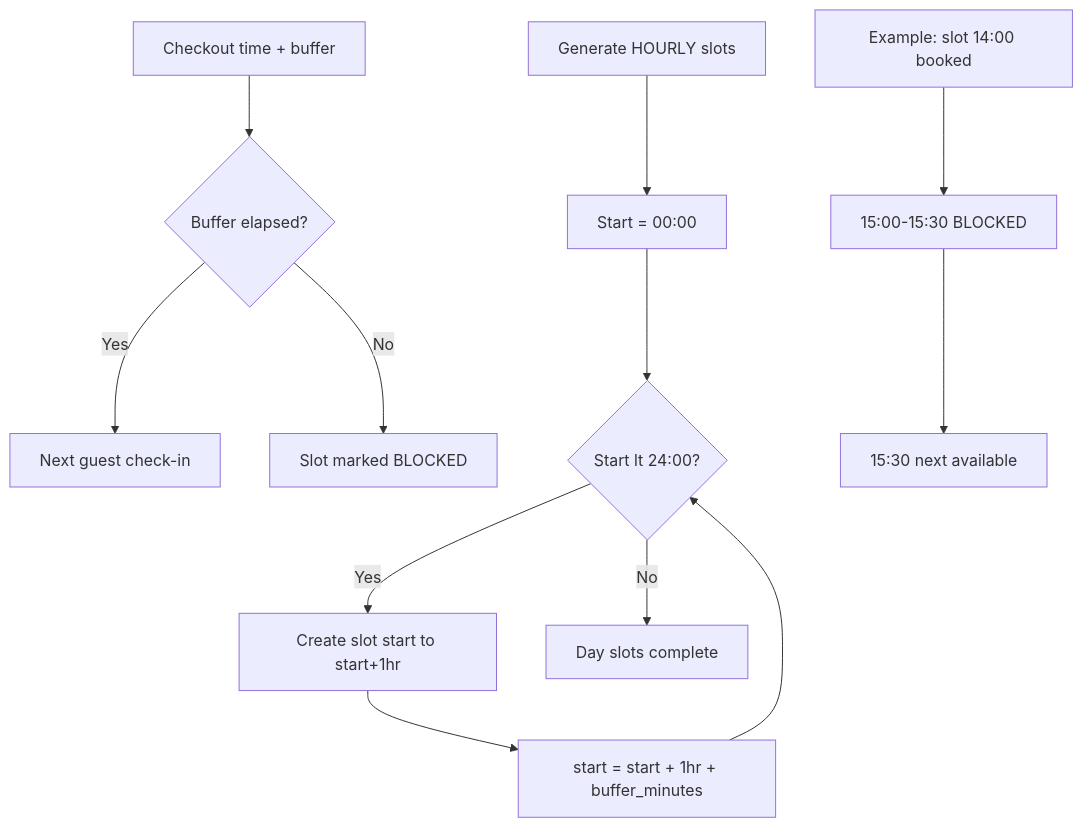
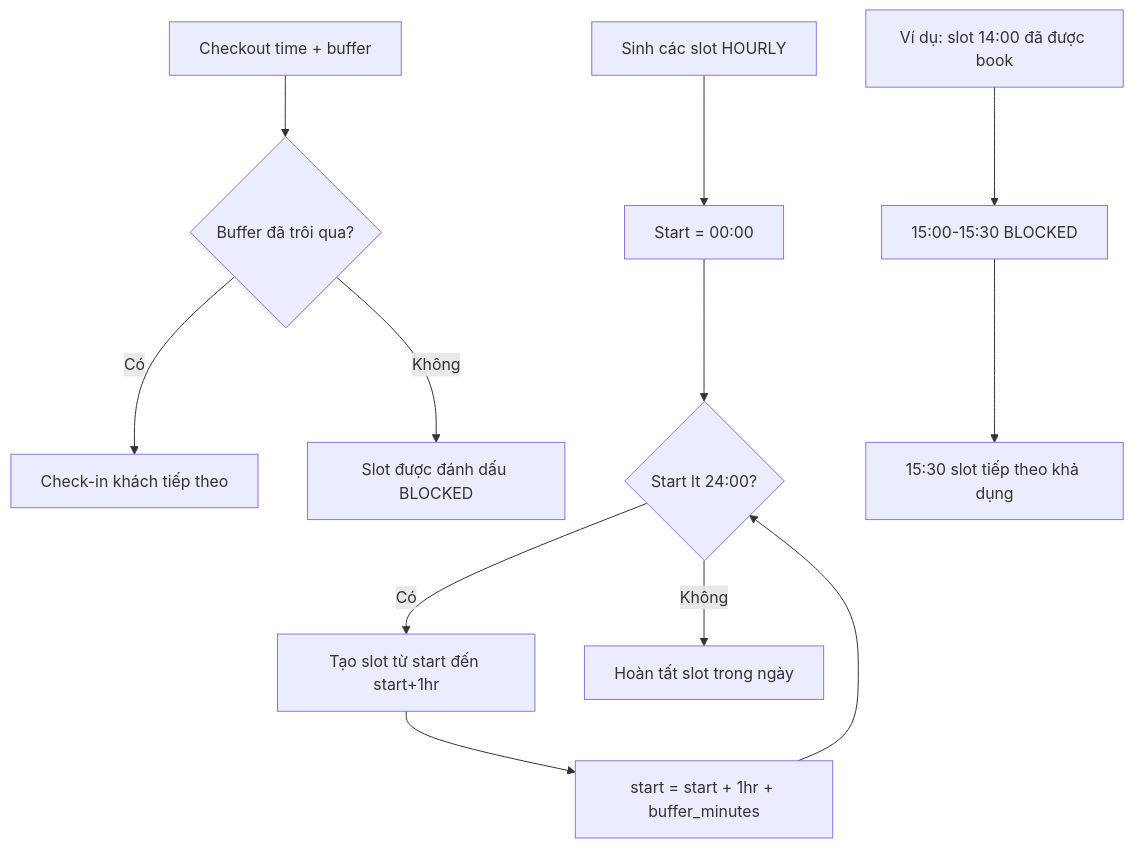
Diagram 11 of 54 in Mermaid.md (PhamVietHoangFPT/databaseHomi), drawn with Mermaid before and after one commit. The commit also changed other lines of this file and 3 other files, not shown here.

````diff
--- a/Mermaid.md
+++ b/Mermaid.md
@@ -455,16 +455,16 @@
 ```mermaid
 flowchart TD
-    A[Checkout time + buffer] --> B{Buffer elapsed?}
-    B -->|Yes| C[Next guest check-in]
-    B -->|No| D[Slot marked BLOCKED]
+    A[Checkout time + buffer] --> B{Buffer đã trôi qua?}
+    B -->|Có| C[Check-in khách tiếp theo]
+    B -->|Không| D[Slot được đánh dấu BLOCKED]
 
-    E[Generate HOURLY slots] --> F[Start = 00:00]
+    E[Sinh các slot HOURLY] --> F[Start = 00:00]
     F --> G{Start lt 24:00?}
-    G -->|Yes| H[Create slot start to start+1hr]
+    G -->|Có| H[Tạo slot từ start đến start+1hr]
     H --> I[start = start + 1hr + buffer_minutes]
     I --> G
-    G -->|No| J[Day slots complete]
+    G -->|Không| J[Hoàn tất slot trong ngày]
 
-    E2[Example: slot 14:00 booked] --> E2b[15:00-15:30 BLOCKED]
-    E2b --> P[15:30 next available]
+    E2[Ví dụ: slot 14:00 đã được book] --> E2b[15:00-15:30 BLOCKED]
+    E2b --> P[15:30 slot tiếp theo khả dụng]
 ```
````
